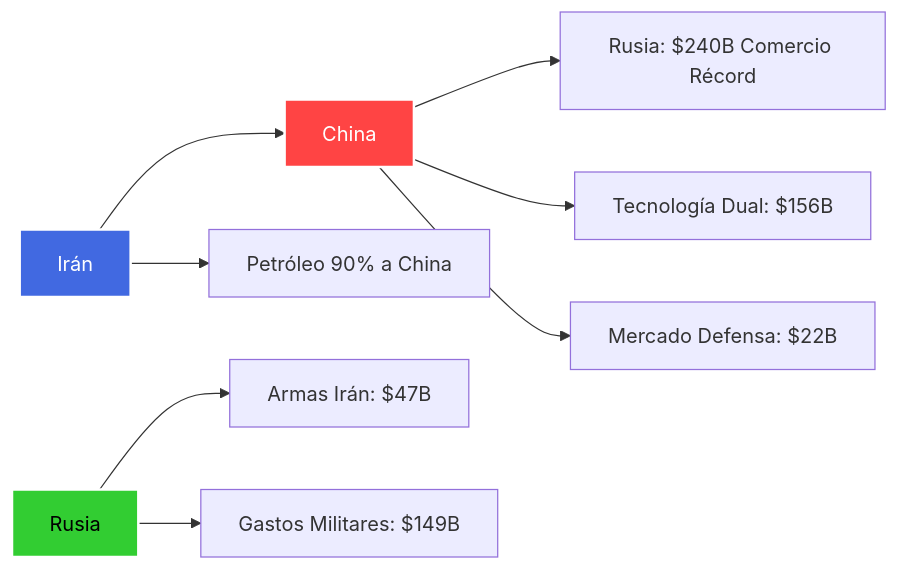
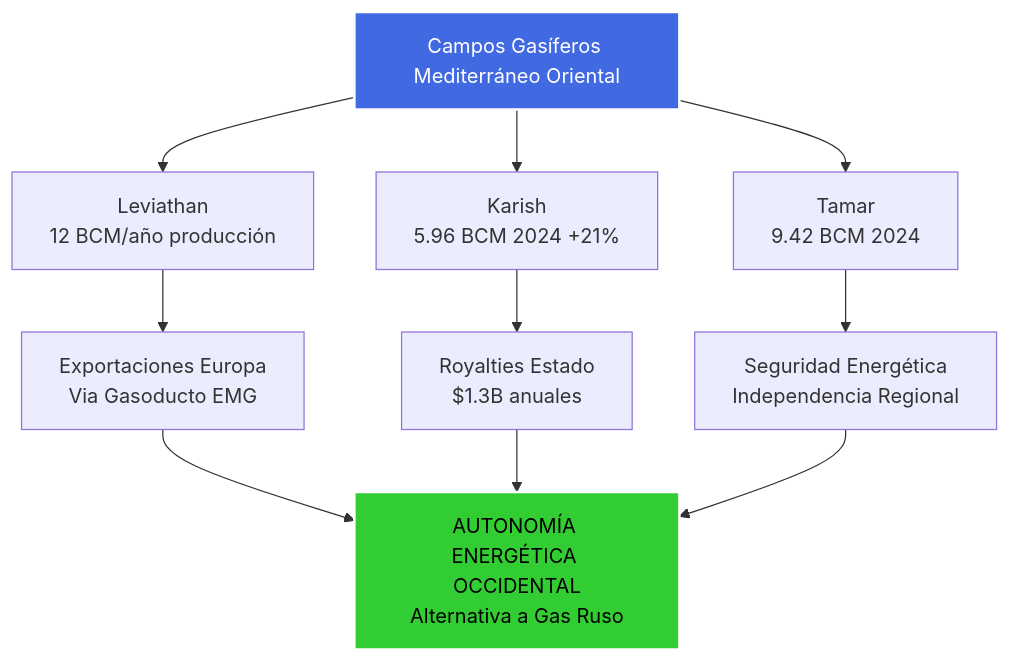
One commit to perpetuocambio/annotations changed diagram 18 of 54 in intel/israel_geopolitical_analysis.md. Above: the diagram before and after it, drawn with Mermaid. The commit also changed other lines of this file, not shown here.

````diff
--- a/intel/israel_geopolitical_analysis.md
+++ b/intel/israel_geopolitical_analysis.md
@@ -775,14 +575,17 @@
 ```mermaid
-flowchart LR
-    A[China] --> B[Rusia: $240B Comercio Récord]
-    A --> C[Tecnología Dual: $156B]
-    D[Rusia] --> E[Armas Irán: $47B]
-    F[Irán] --> A
-    F --> G[Petróleo 90% a China]
-    A --> H[Mercado Defensa: $22B]
-    D --> I[Gastos Militares: $149B]
-
-    style A fill:#ff4444,stroke:#fff,stroke-width:2px,color:#fff
-    style D fill:#32cd32,stroke:#fff,stroke-width:2px,color:#000
-    style F fill:#4169e1,stroke:#fff,stroke-width:2px,color:#fff
+flowchart TD
+    A[Campos Gasíferos Mediterráneo Oriental] --> B[Leviathan<br/>12 BCM/año producción]
+    A --> C[Karish<br/>5.96 BCM 2024 +21%]
+    A --> D[Tamar<br/>9.42 BCM 2024]
+    
+    B --> E[Exportaciones Europa<br/>Via Gasoducto EMG]
+    C --> F[Royalties Estado<br/>$1.3B anuales]
+    D --> G[Seguridad Energética<br/>Independencia Regional]
+    
+    E --> H[AUTONOMÍA ENERGÉTICA OCCIDENTAL<br/>Alternativa a Gas Ruso]
+    F --> H
+    G --> H
+    
+    style A fill:#4169e1,stroke:#fff,stroke-width:2px,color:#fff
+    style H fill:#32cd32,stroke:#fff,stroke-width:2px,color:#000
 ```
````
